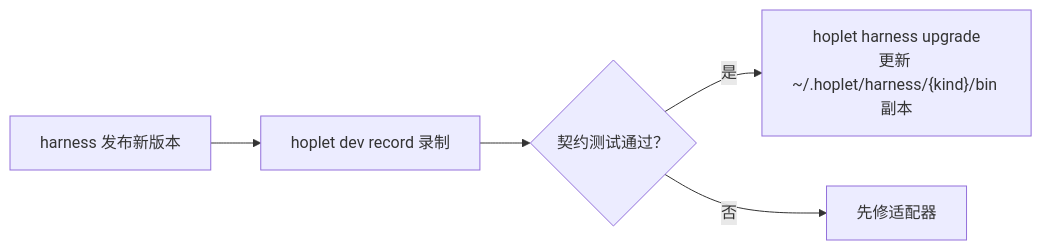
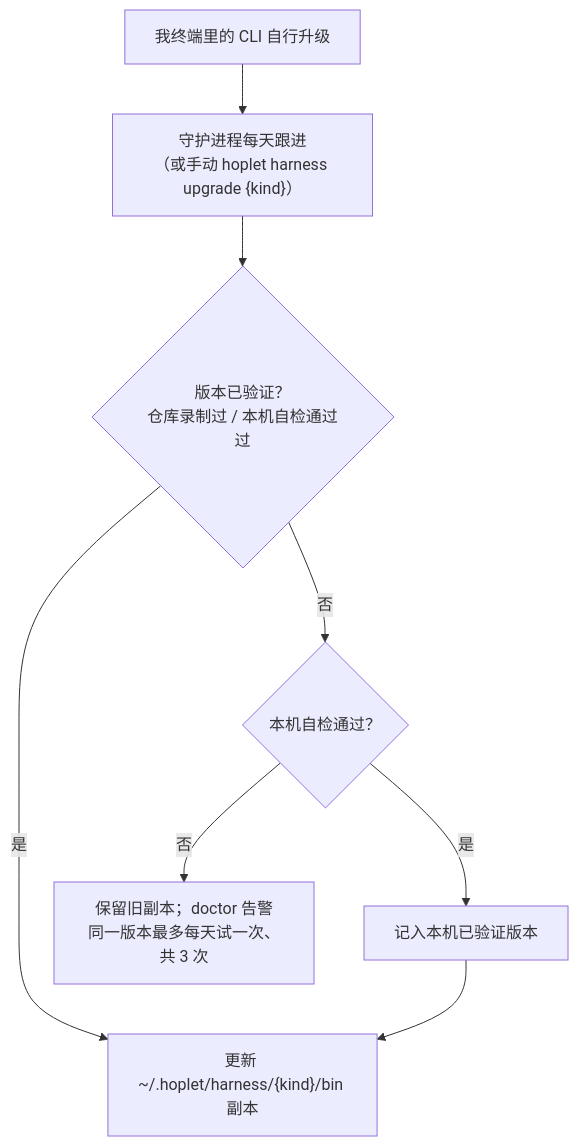
The second of 2 diagrams in docs/design/0013-testing-release.md (yangflow/hoplet), drawn with Mermaid before and after one commit. The commit also changed other lines of this file and 52 other files, not shown here.

````diff
--- a/docs/design/0013-testing-release.md
+++ b/docs/design/0013-testing-release.md
@@ -55,7 +55,9 @@
 ```mermaid
-flowchart LR
-    New["harness 发布新版本"] --> Rec["hoplet dev record 录制"]
-    Rec --> Test{"契约测试通过？"}
-    Test -- 是 --> Up["hoplet harness upgrade<br/>更新 ~/.hoplet/harness/{kind}/bin 副本"]
-    Test -- 否 --> Fix["先修适配器"]
+flowchart TB
+    U["我终端里的 CLI 自行升级"] --> F["守护进程每天跟进<br/>（或手动 hoplet harness upgrade {kind}）"]
+    F --> K{"版本已验证？<br/>仓库录制过 / 本机自检通过过"}
+    K -- 是 --> Up["更新 ~/.hoplet/harness/{kind}/bin 副本"]
+    K -- 否 --> C{"本机自检通过？"}
+    C -- 是 --> M["记入本机已验证版本"] --> Up
+    C -- 否 --> Stay["保留旧副本；doctor 告警<br/>同一版本最多每天试一次、共 3 次"]
 ```
````
